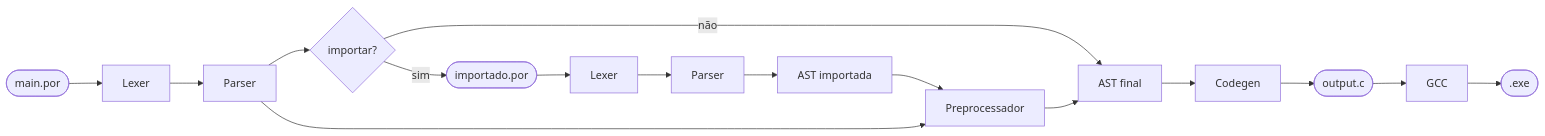
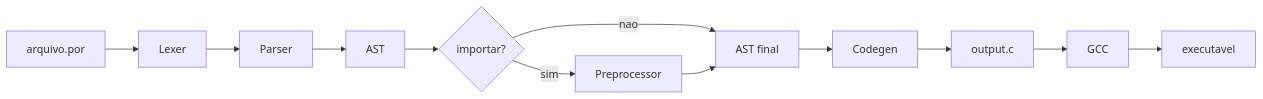
One commit to Gabriel-V-Maia/Interpretador-Portugol-C changed the diagram in README.md. Above: the diagram before and after it, drawn with Mermaid. The commit also changed other lines of this file, not shown here.

````diff
--- a/README.md
+++ b/README.md
@@ -20,10 +22,16 @@
 ```mermaid
 flowchart LR
-    A([main.por]) --> B[Lexer] --> C[Parser] --> D{importar?}
+    A[arquivo.por] --> B[Lexer]
+    B --> C[Parser]
+    C --> D[AST]
 
-    D -->|não| K
-    D -->|sim| E([importado.por]) --> F[Lexer] --> G[Parser] --> H[AST importada] --> I[Preprocessador]
+    D --> E{importar?}
+    E -->|sim| F[Preprocessor]
+    E -->|nao| G[AST final]
 
-    C --> I
-    I --> K[AST final] --> L[Codegen] --> M([output.c]) --> N[GCC] --> O([.exe])
+    F --> G
+    G --> H[Codegen]
+    H --> I[output.c]
+    I --> J[GCC]
+    J --> K[executavel]
 ```
````
